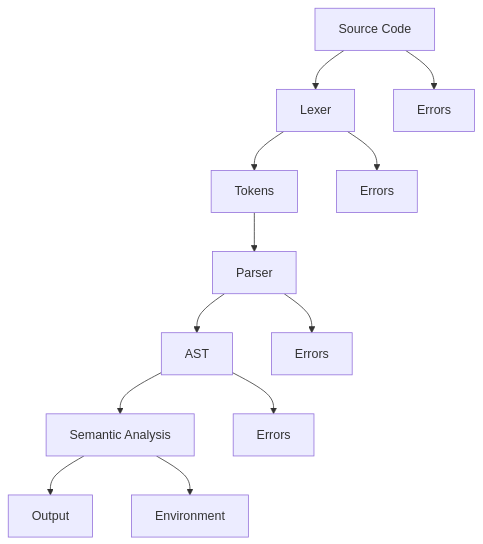
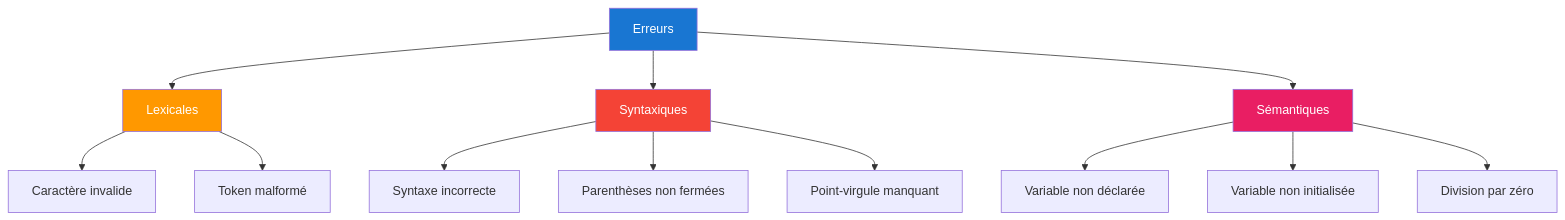
One commit to Yahia995/galant-compiler changed diagram 11 of 13 in ARCHITECTURE.md. Above: the diagram before and after it, drawn with Mermaid. The commit also changed other lines of this file, not shown here.

````diff
--- a/ARCHITECTURE.md
+++ b/ARCHITECTURE.md
@@ -950,19 +885,22 @@
 ```mermaid
-flowchart TD
-    A[Source Code]
-
-    A --> B[Lexer]
-    B --> C[Tokens]
-
-    C --> D[Parser]
-    D --> E[AST]
-
-    E --> F[Semantic Analysis]
-    F --> G[Output]
-    F --> H[Environment]
-
-    B --> X1[Errors]
-    D --> X2[Errors]
-    E --> X3[Errors]
-    A --> X4[Errors]
+graph TD
+    A[Erreurs] --> B[Lexicales]
+    A --> C[Syntaxiques]
+    A --> D[Sémantiques]
+    
+    B --> B1[Caractère invalide]
+    B --> B2[Token malformé]
+    
+    C --> C1[Syntaxe incorrecte]
+    C --> C2[Parenthèses non fermées]
+    C --> C3[Point-virgule manquant]
+    
+    D --> D1[Variable non déclarée]
+    D --> D2[Variable non initialisée]
+    D --> D3[Division par zéro]
+    
+    style A fill:#1976d2,color:#fff
+    style B fill:#ff9800,color:#fff
+    style C fill:#f44336,color:#fff
+    style D fill:#e91e63,color:#fff
 ```
````
